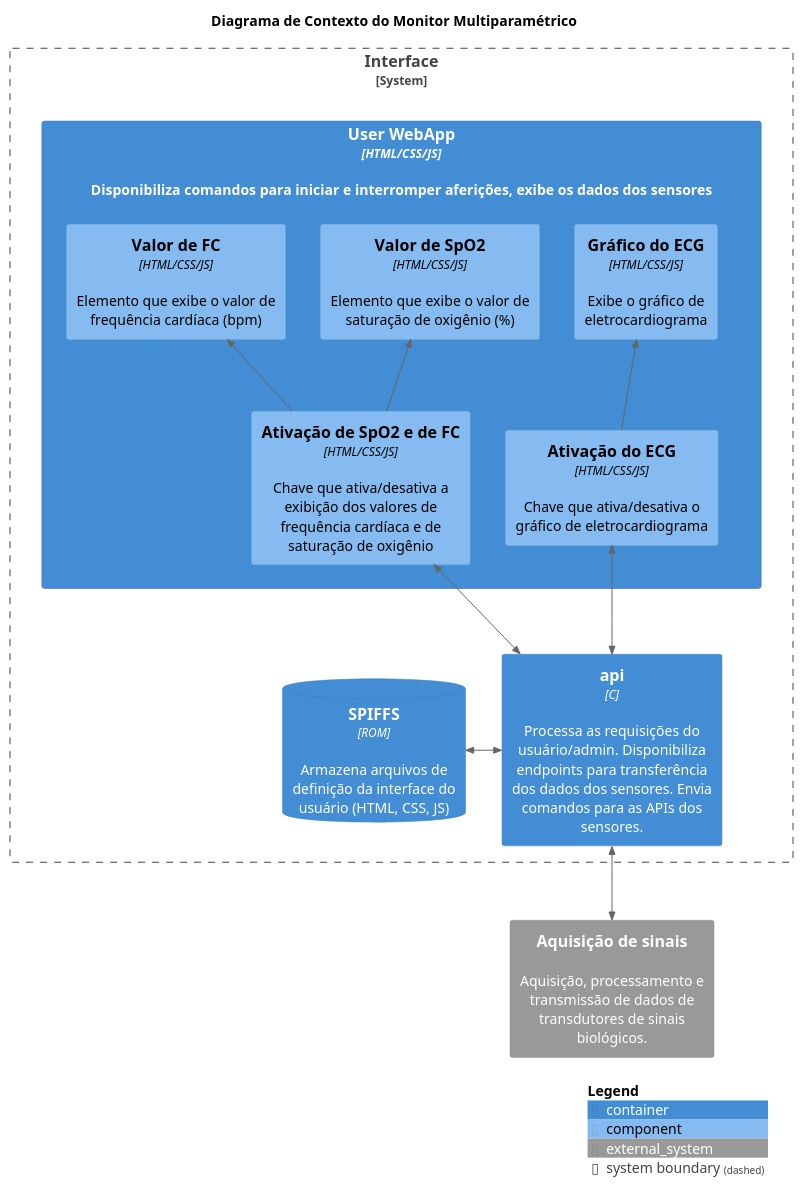
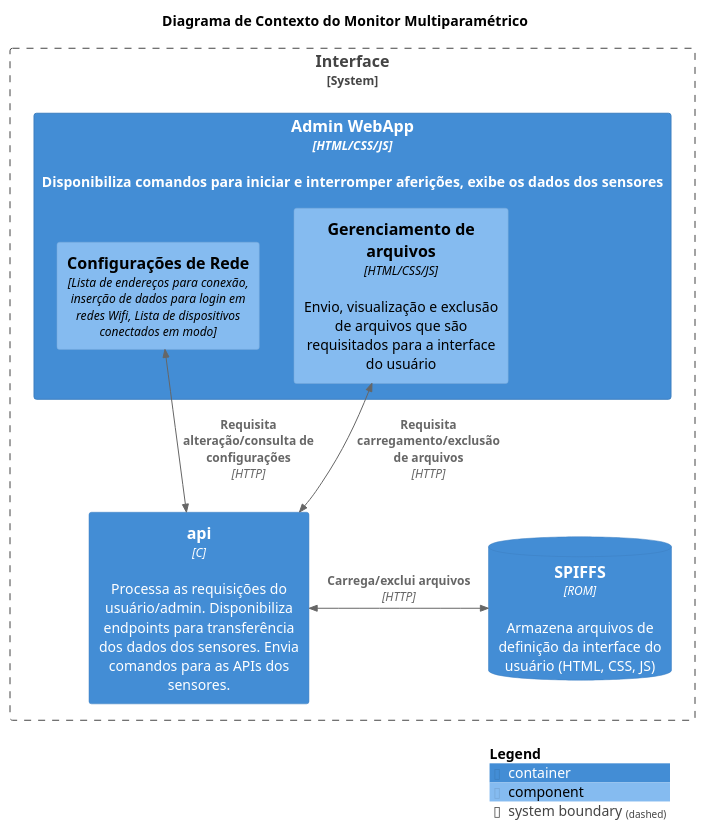
One commit to nphara/iot_multiparam_monitor changed the diagram in doc/c4/31_component_admin_app.puml. Above: the diagram before and after it, drawn with PlantUML.

Commit message:
udpate doc admin app diagram

```diff
--- a/doc/c4/31_component_admin_app.puml
+++ b/doc/c4/31_component_admin_app.puml
@@ -1,37 +1,27 @@
 @startuml CONTEXT
 !include https://raw.githubusercontent.com/plantuml-stdlib/C4-PlantUML/master/C4_Component.puml
 ' uncomment the following line and comment the first to use locally
 '!include C4_Component.puml
 
 title Diagrama de Contexto do Monitor Multiparamétrico
 
 System_Boundary(Interface, "Interface"){
-    Container(user_webApp, "User WebApp", "HTML/CSS/JS", "Disponibiliza comandos para iniciar e interromper aferições, exibe os dados dos sensores"){
-        Component(max30102_sw, "Ativação de SpO2 e de FC", "HTML/CSS/JS", "Chave que ativa/desativa a exibição dos valores de frequência cardíaca e de saturação de oxigênio")
-        Component(SpO2_card, "Valor de SpO2", "HTML/CSS/JS", "Elemento que exibe o valor de saturação de oxigênio (%)")
-        Component(FC_card, "Valor de FC", "HTML/CSS/JS", "Elemento que exibe o valor de frequência cardíaca (bpm)")
-        Component(ad8232_sw, "Ativação do ECG", "HTML/CSS/JS", "Chave que ativa/desativa o gráfico de eletrocardiograma")
-        Component(ECG_chart, "Gráfico do ECG", "HTML/CSS/JS", "Exibe o gráfico de eletrocardiograma")
+    Container(user_webApp, "Admin WebApp", "HTML/CSS/JS", "Disponibiliza comandos para iniciar e interromper aferições, exibe os dados dos sensores"){
+        Component(network, "Configurações de Rede", "Lista de endereços para conexão, inserção de dados para login em redes Wifi, Lista de dispositivos conectados em modo")
+        Component(files, "Gerenciamento de arquivos", "HTML/CSS/JS", "Envio, visualização e exclusão de arquivos que são requisitados para a interface do usuário")
     }
     Container(api, "api", "C", "Processa as requisições do usuário/admin. Disponibiliza endpoints para transferência dos dados dos sensores. Envia comandos para as APIs dos sensores. ")
     ContainerDb(spiffs, "SPIFFS", "ROM", "Armazena arquivos de definição da interface do usuário (HTML, CSS, JS)")
 }
-System_Ext(SignalsAcq, "Aquisição de sinais", "Aquisição, processamento e transmissão de dados de transdutores de sinais biológicos.")
 
-Lay_L(SpO2_card, FC_card)
-Lay_R(SpO2_card, max30102_sw)
-Lay_R(max30102_sw, ad8232_sw)
-Lay_D(user_webApp, api)
-Lay_D(api, SignalsAcq)
+Lay_D(network, api)
 Lay_R(api, spiffs)
-BiRel_D(max30102_sw, api,"","")
-BiRel_D(ad8232_sw, api,"","")
-Rel(max30102_sw, FC_card,"","")
-Rel(max30102_sw, SpO2_card,"","")
-Rel_U(ad8232_sw, ECG_chart,"","")
-BiRel(api, SignalsAcq,"","")
-BiRel_R(spiffs, api,"","")
+
+BiRel(network, api, "Requisita alteração/consulta de configurações", "HTTP")
+BiRel(files, api, "Requisita carregamento/exclusão de arquivos ", "HTTP")
+BiRel_R(api, spiffs, "Carrega/exclui arquivos ", "HTTP")
+
 ' SHOW_LEGEND(?hideStereotype, ?details)
 SHOW_LEGEND()
 
 @enduml
```
